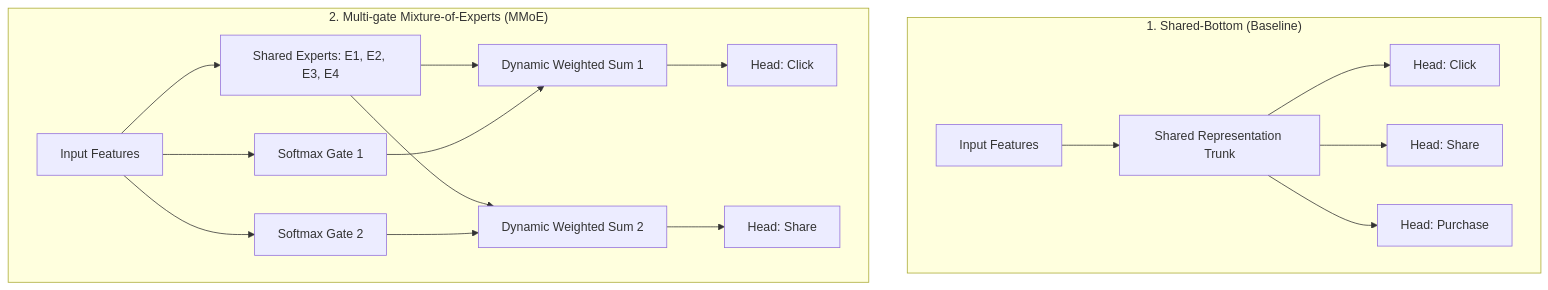
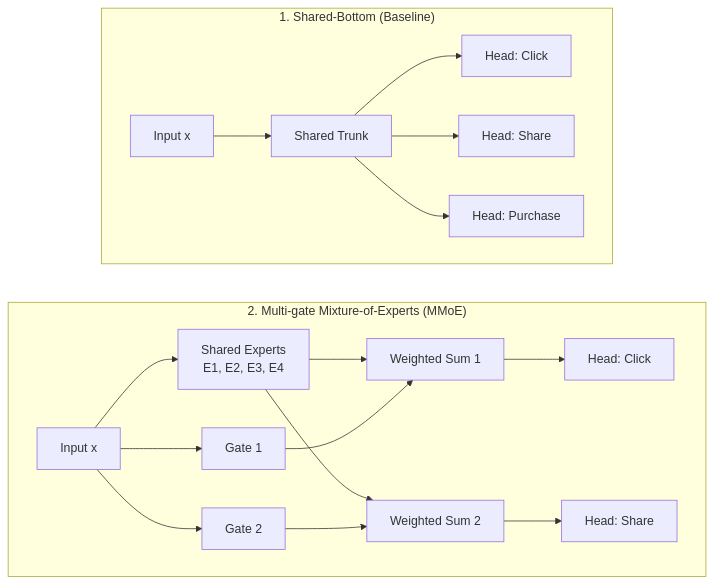
One commit to jyotipmahes/ML-Interview-Prep changed diagram 13 of 15 in System_Design/01_Recommendation_Systems/Part_2_Ranking_PreRanking_and_Feature_Engineering.md. Above: the diagram before and after it, drawn with Mermaid. The commit also changed other lines of this file, not shown here.

````diff
--- a/System_Design/01_Recommendation_Systems/Part_2_Ranking_PreRanking_and_Feature_Engineering.md
+++ b/System_Design/01_Recommendation_Systems/Part_2_Ranking_PreRanking_and_Feature_Engineering.md
@@ -558,21 +743,23 @@
 ```mermaid
 flowchart TD
     subgraph SharedBottom ["1. Shared-Bottom (Baseline)"]
-        SB_In["Input Features"] --> SB_Trunk["Shared Representation Trunk"]
+        direction LR
+        SB_In["Input x"] --> SB_Trunk["Shared Trunk"]
         SB_Trunk --> SB_Head1["Head: Click"]
         SB_Trunk --> SB_Head2["Head: Share"]
         SB_Trunk --> SB_Head3["Head: Purchase"]
     end
 
     subgraph MMOE ["2. Multi-gate Mixture-of-Experts (MMoE)"]
-        M_In["Input Features"] --> M_Exp["Shared Experts: E1, E2, E3, E4"]
-        M_In --> G1["Softmax Gate 1"]
-        M_In --> G2["Softmax Gate 2"]
-        M_Exp --> Mix1["Dynamic Weighted Sum 1"]
-        M_Exp --> Mix2["Dynamic Weighted Sum 2"]
-        G1 --> Mix1
-        Mix1 --> HeadA["Head: Click"]
-        G2 --> Mix2
-        Mix2 --> HeadB["Head: Share"]
+        direction LR
+        M_In["Input x"] --> M_Exp["Shared Experts<br/>E1, E2, E3, E4"]
+        M_In --> G1["Gate 1"]
+        M_In --> G2["Gate 2"]
+        M_Exp --> Mix1["Weighted Sum 1"]
+        M_Exp --> Mix2["Weighted Sum 2"]
+        G1 --> Mix1 --> HeadA["Head: Click"]
+        G2 --> Mix2 --> HeadB["Head: Share"]
     end
+
+    SharedBottom ~~~ MMOE
 ```
````
